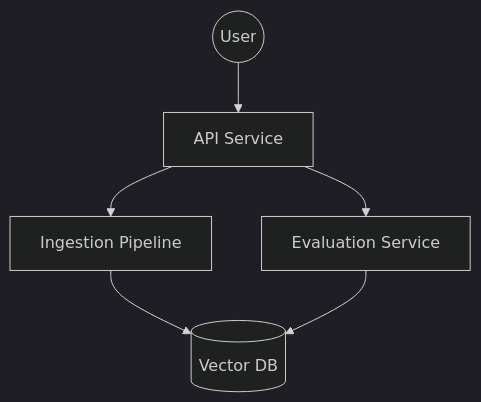
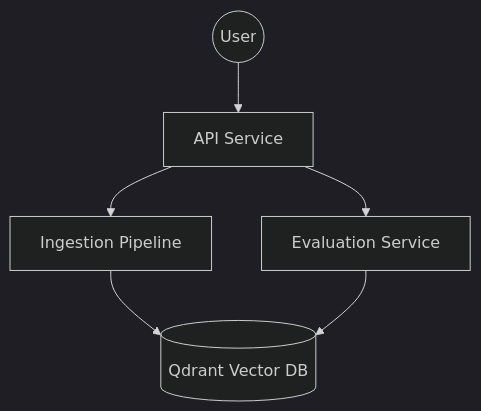
The first of 2 diagrams in openwiki/architecture/overview.md (abhindeves/langchain_docs_rag), drawn with Mermaid (dark theme) before and after one commit. The commit also changed other lines of this file and 10 other files, not shown here.

````diff
--- a/openwiki/architecture/overview.md
+++ b/openwiki/architecture/overview.md
@@ -25,12 +29,8 @@
 ```mermaid
 flowchart TB
-    API[API Service]
-    Ingestion[Ingestion Pipeline]
-    Eval[Evaluation Service]
-    
-    User((User)) --> API
-    API --> Ingestion
-    API --> Eval
-    Ingestion --> Qdrant[(Vector DB)]
+    User((User)) --> API[API Service]
+    API --> Ingestion[Ingestion Pipeline]
+    API --> Eval[Evaluation Service]
+    Ingestion --> Qdrant[(Qdrant Vector DB)]
     Eval --> Qdrant
 ```
````
